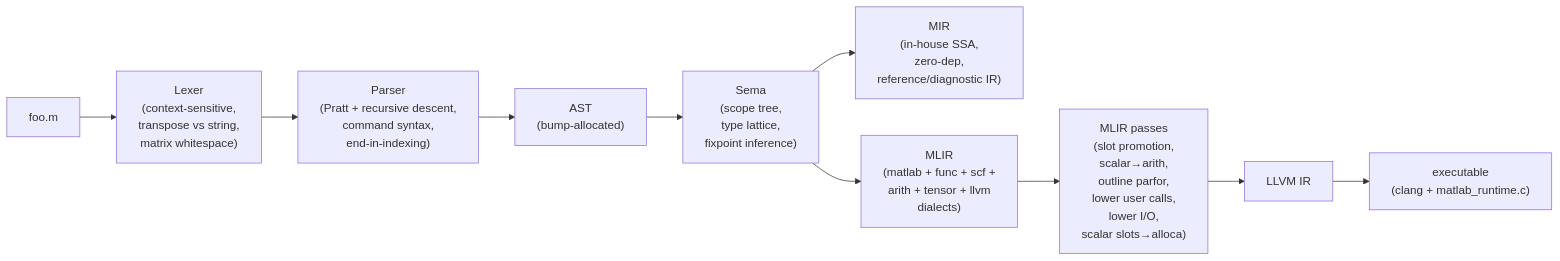
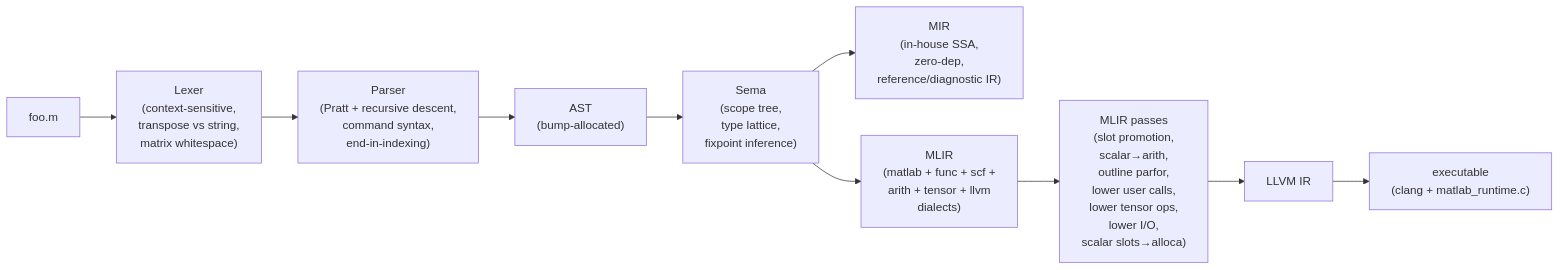
One commit to leonardoaraujosantos/matlab_llvm changed the first of 4 diagrams in README.md. Above: the diagram before and after it, drawn with Mermaid. The commit also changed other lines of this file and 37 other files, not shown here.

````diff
--- a/README.md
+++ b/README.md
@@ -35,12 +45,12 @@
 ```mermaid
 flowchart LR
   src["foo.m"] --> lex["Lexer<br/>(context-sensitive,<br/>transpose vs string,<br/>matrix whitespace)"]
   lex --> parse["Parser<br/>(Pratt + recursive descent,<br/>command syntax,<br/>end-in-indexing)"]
   parse --> ast["AST<br/>(bump-allocated)"]
   ast --> sema["Sema<br/>(scope tree,<br/>type lattice,<br/>fixpoint inference)"]
   sema --> mir["MIR<br/>(in-house SSA,<br/>zero-dep,<br/>reference/diagnostic IR)"]
   sema --> mlir["MLIR<br/>(matlab + func + scf +<br/>arith + tensor + llvm<br/>dialects)"]
-  mlir --> passes["MLIR passes<br/>(slot promotion,<br/>scalar→arith,<br/>outline parfor,<br/>lower user calls,<br/>lower I/O,<br/>scalar slots→alloca)"]
+  mlir --> passes["MLIR passes<br/>(slot promotion,<br/>scalar→arith,<br/>outline parfor,<br/>lower user calls,<br/>lower tensor ops,<br/>lower I/O,<br/>scalar slots→alloca)"]
   passes --> llvmir["LLVM IR"]
   llvmir --> exe["executable<br/>(clang + matlab_runtime.c)"]
 ```
````
